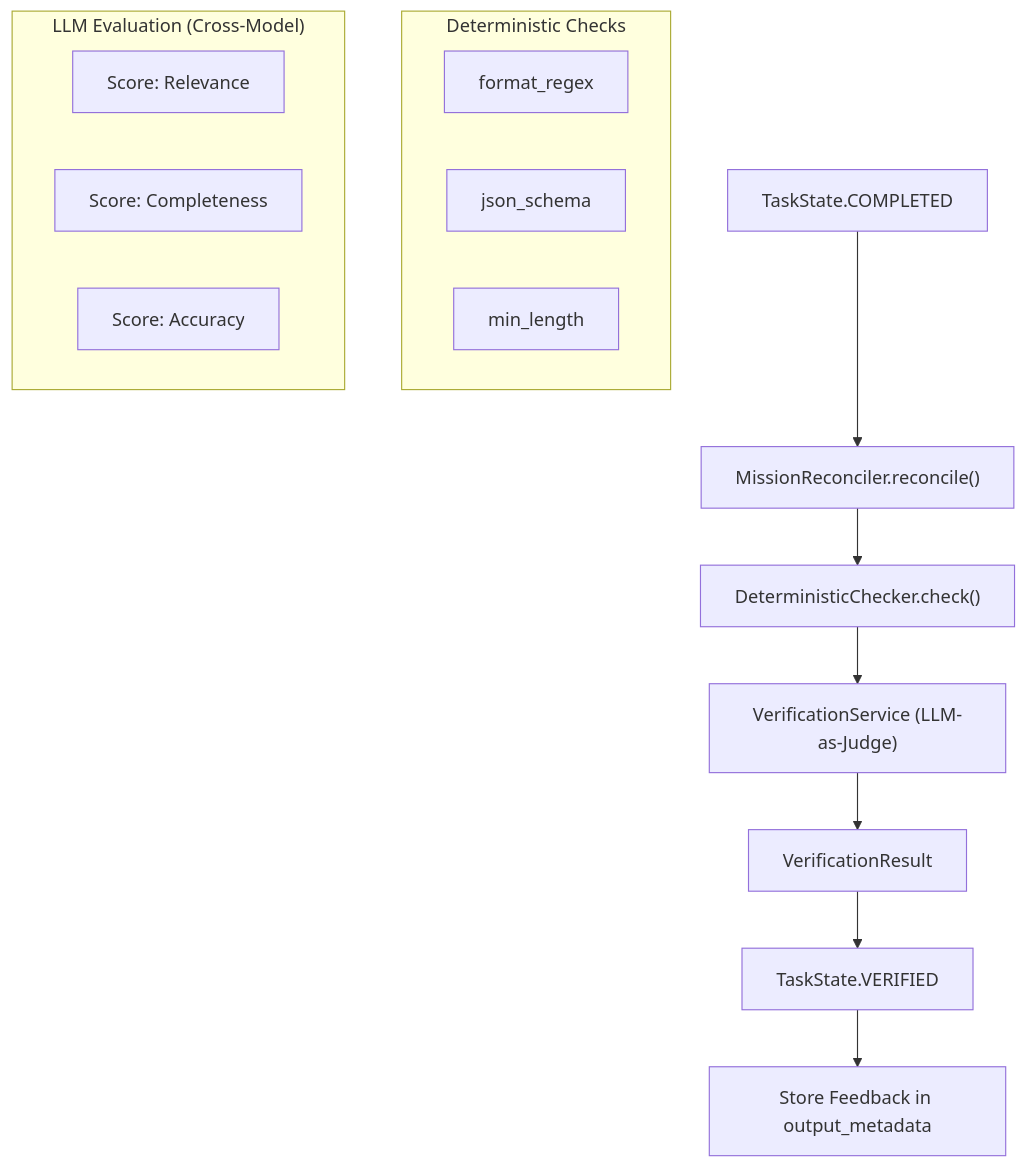
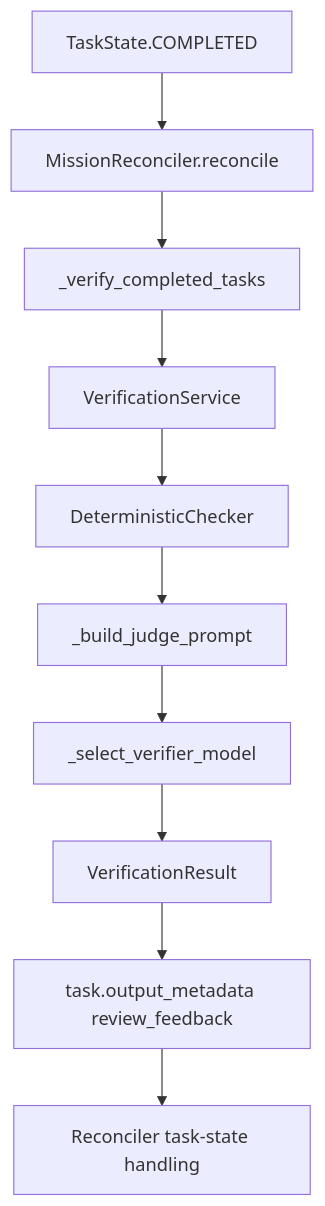
Before and after one commit to AutomatosAI/automatos-ai: the second of 3 diagrams in docs/missions-multi-agent-coordination/mission-planning-verification.md, drawn with Mermaid. The commit also changed other lines of this file and 188 other files, not shown here.

First line of the commit message:
docs: refresh architecture docs and add coverage for new subsystems (#1416)

````diff
--- a/docs/missions-multi-agent-coordination/mission-planning-verification.md
+++ b/docs/missions-multi-agent-coordination/mission-planning-verification.md
@@ -91,23 +165,12 @@
 ```mermaid
-graph TD
-    A["TaskState.COMPLETED"] --> B["MissionReconciler.reconcile()"]
-    B --> C["DeterministicChecker.check()"]
-    
-    subgraph "Deterministic Checks"
-        C1["format_regex"]
-        C2["json_schema"]
-        C3["min_length"]
-    end
-    
-    C --> D["VerificationService (LLM-as-Judge)"]
-    
-    subgraph "LLM Evaluation (Cross-Model)"
-        D1["Score: Relevance"]
-        D2["Score: Completeness"]
-        D3["Score: Accuracy"]
-    end
-    
-    D --> E["VerificationResult"]
-    E --> F["TaskState.VERIFIED"]
-    F --> G["Store Feedback in output_metadata"]
+flowchart TD
+    Completed["TaskState.COMPLETED"] --> Reconcile["MissionReconciler.reconcile"]
+    Reconcile --> VerifyCompleted["_verify_completed_tasks"]
+    VerifyCompleted --> VerificationService["VerificationService"]
+    VerificationService --> Deterministic["DeterministicChecker"]
+    Deterministic --> JudgePrompt["_build_judge_prompt"]
+    JudgePrompt --> ReviewerModel["_select_verifier_model"]
+    ReviewerModel --> Result["VerificationResult"]
+    Result --> Feedback["task.output_metadata review_feedback"]
+    Feedback --> ReconcilerOutcome["Reconciler task-state handling"]
 ```
````
